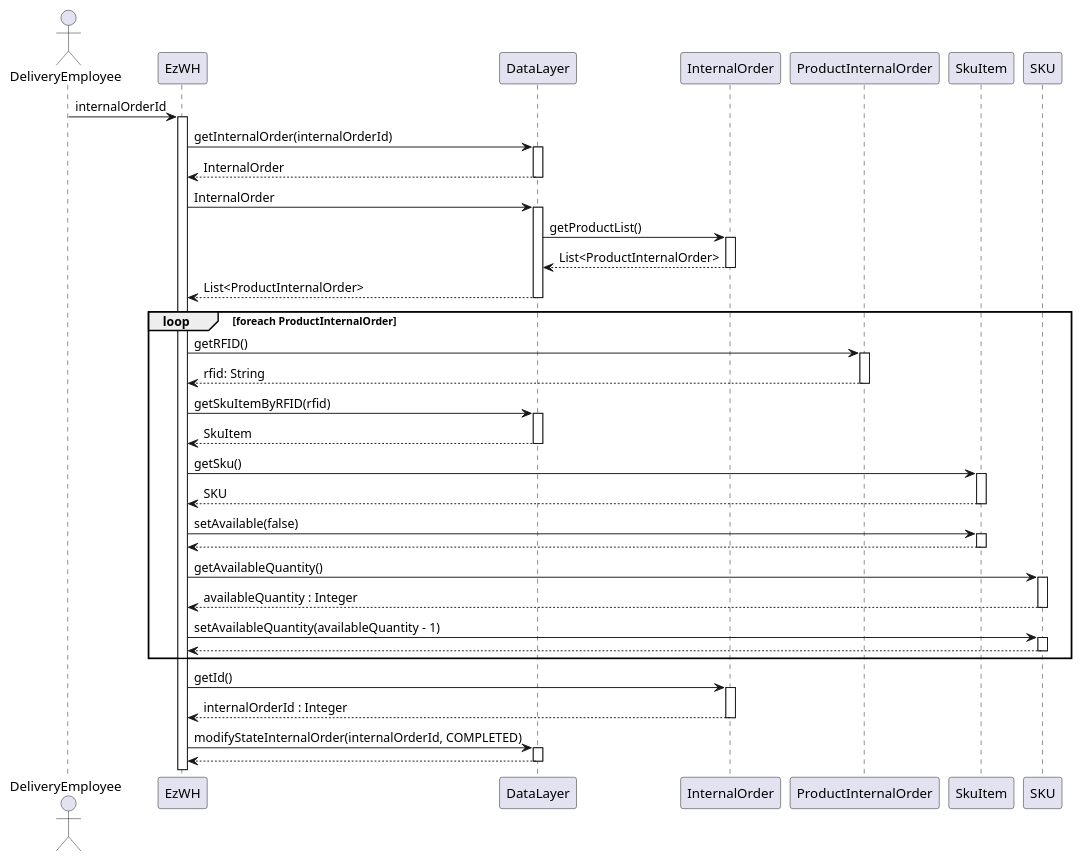
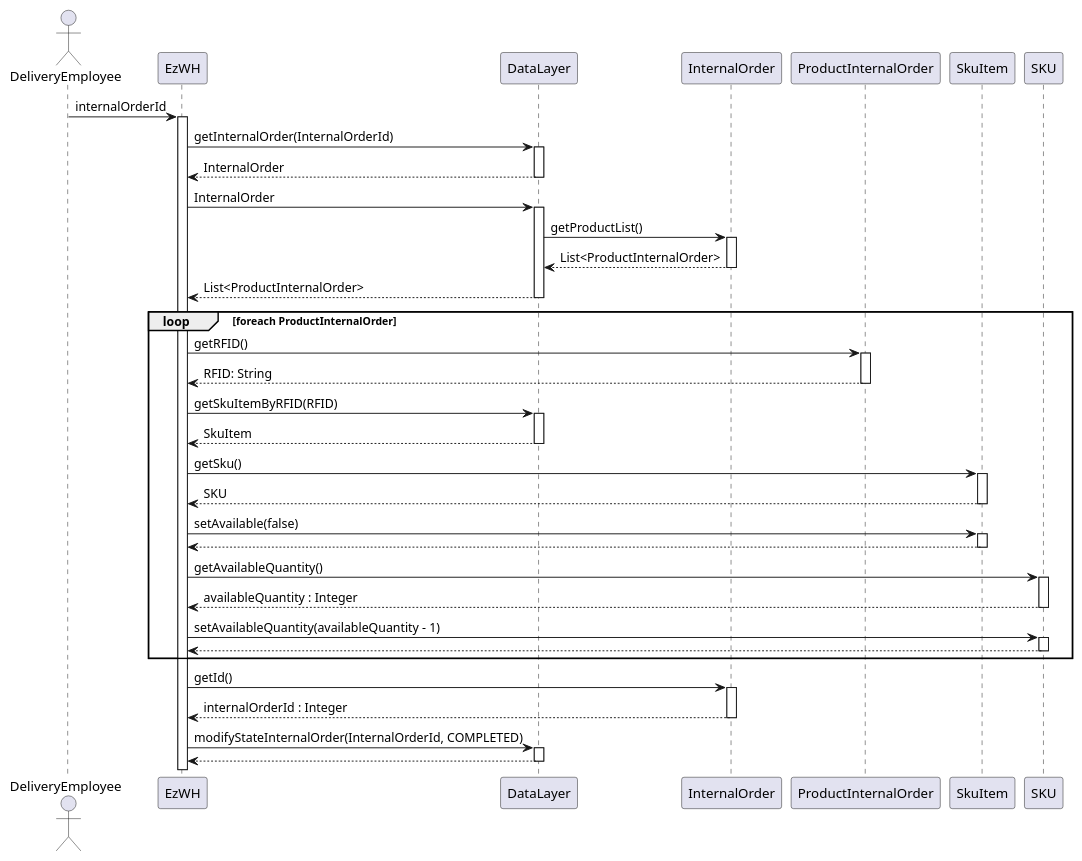
Before and after one commit to LucaFilippetti99/EzWh---Software-engineering-project: the eighth of 8 diagrams in DesignDocument.md, drawn with PlantUML. The commit also changed other lines of this file, not shown here.

````diff
--- a/DesignDocument.md
+++ b/DesignDocument.md
@@ -768,57 +768,57 @@
 ```plantuml
 
 actor DeliveryEmployee
 
 DeliveryEmployee -> EzWH : internalOrderId
 activate EzWH
 
-EzWH -> DataLayer : getInternalOrder(internalOrderId)
+EzWH -> DataLayer : getInternalOrder(InternalOrderId)
 activate DataLayer
 return InternalOrder
 
 EzWH -> DataLayer : InternalOrder
 activate DataLayer
 
 DataLayer -> InternalOrder : getProductList()
 activate InternalOrder
 return List<ProductInternalOrder>
 
 return List<ProductInternalOrder>
 
 loop foreach ProductInternalOrder
 
 EzWH -> ProductInternalOrder : getRFID()
 activate ProductInternalOrder
-return rfid: String
+return RFID: String
 
-EzWH -> DataLayer : getSkuItemByRFID(rfid)
+EzWH -> DataLayer : getSkuItemByRFID(RFID)
 activate DataLayer
 return SkuItem
 
 EzWH -> SkuItem : getSku()
 activate SkuItem
 return SKU
 
 EzWH -> SkuItem : setAvailable(false)
 activate SkuItem
 return
 
 EzWH -> SKU : getAvailableQuantity()
 activate SKU
 return availableQuantity : Integer
 
 EzWH -> SKU : setAvailableQuantity(availableQuantity - 1)
 activate SKU
 return
 
 end
 
 EzWH -> InternalOrder : getId()
 activate InternalOrder
 return internalOrderId : Integer
 
-EzWH -> DataLayer : modifyStateInternalOrder(internalOrderId, COMPLETED)
+EzWH -> DataLayer : modifyStateInternalOrder(InternalOrderId, COMPLETED)
 activate DataLayer
 return
 
 ```
````
